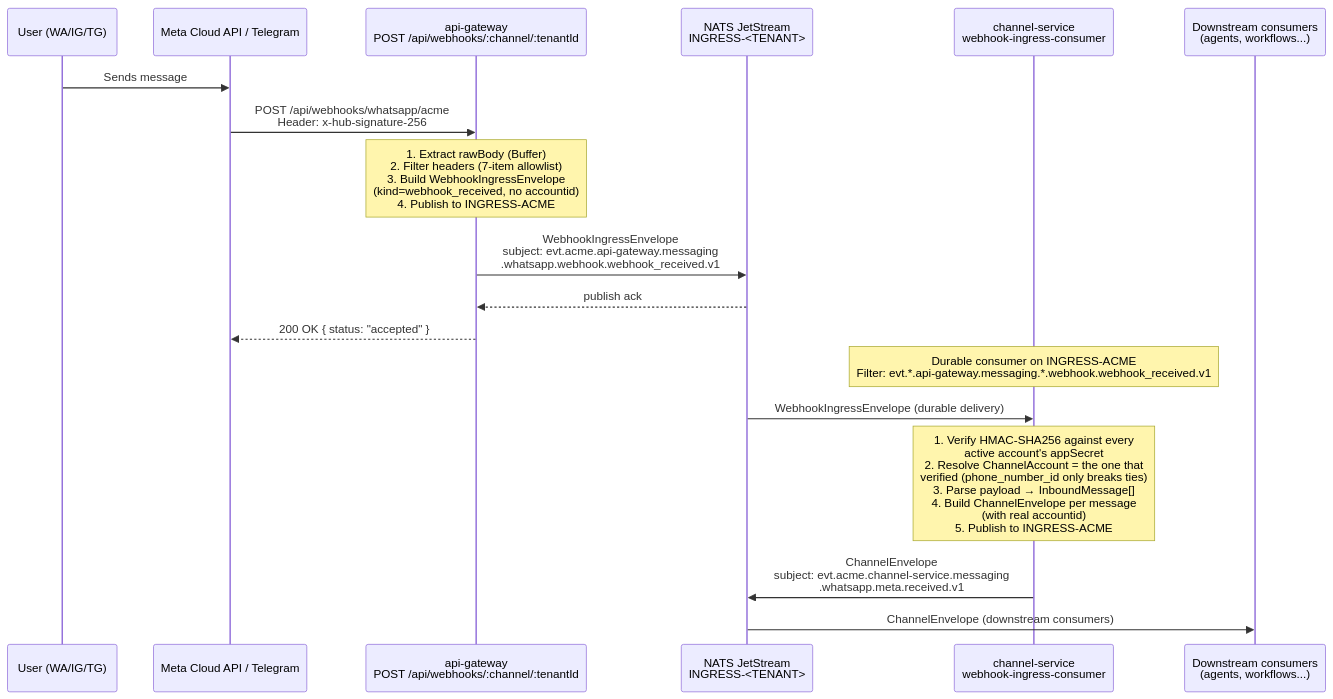
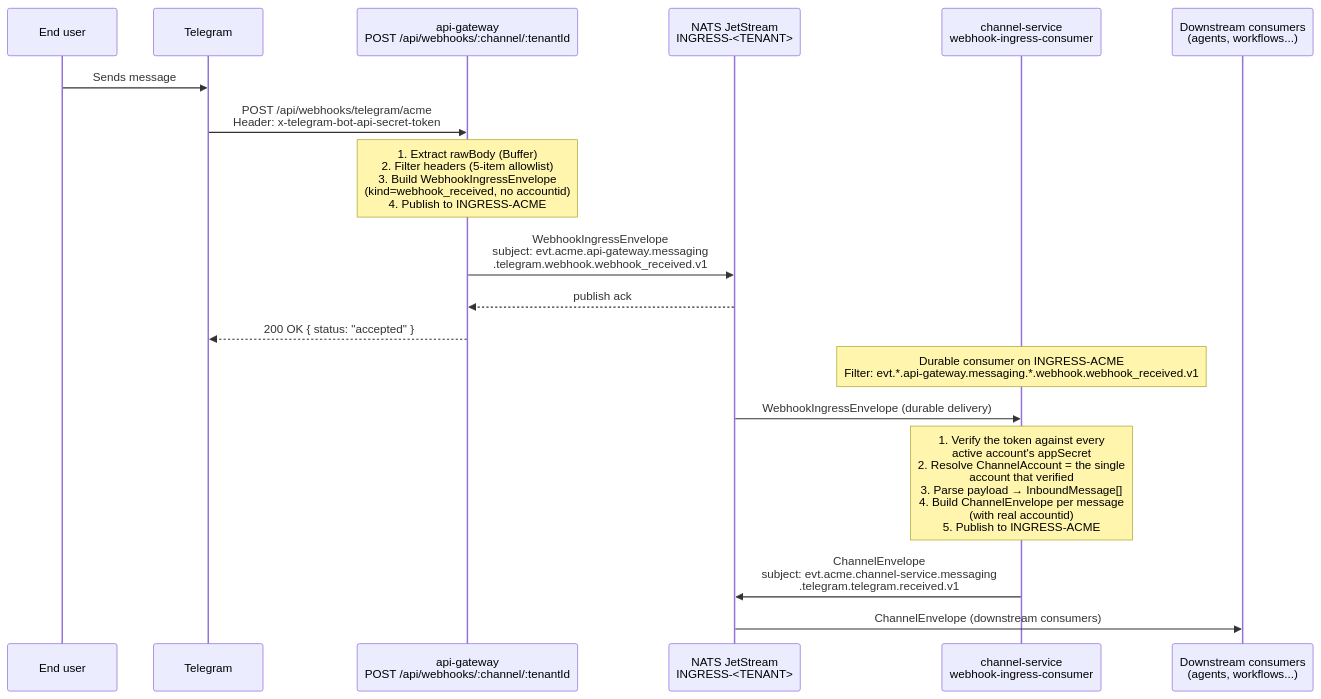
The first of 4 diagrams in DOCS/channels/channel-service.md (ccarnero/colloqui), drawn with Mermaid before and after one commit. The commit also changed other lines of this file and 43 other files, not shown here.

````diff
--- a/DOCS/channels/channel-service.md
+++ b/DOCS/channels/channel-service.md
@@ -117,28 +114,28 @@
 ```mermaid
 sequenceDiagram
-    participant WA as User (WA/IG/TG)
-    participant Meta as Meta Cloud API / Telegram
+    participant U as End user
+    participant TG as Telegram
     participant GW as api-gateway<br/>POST /api/webhooks/:channel/:tenantId
     participant JS as NATS JetStream<br/>INGRESS-<TENANT>
     participant CS as channel-service<br/>webhook-ingress-consumer
     participant Down as Downstream consumers<br/>(agents, workflows...)
 
-    WA->>Meta: Sends message
-    Meta->>GW: POST /api/webhooks/whatsapp/acme<br/>Header: x-hub-signature-256
+    U->>TG: Sends message
+    TG->>GW: POST /api/webhooks/telegram/acme<br/>Header: x-telegram-bot-api-secret-token
 
-    Note over GW: 1. Extract rawBody (Buffer)<br/>2. Filter headers (7-item allowlist)<br/>3. Build WebhookIngressEnvelope<br/>   (kind=webhook_received, no accountid)<br/>4. Publish to INGRESS-ACME
+    Note over GW: 1. Extract rawBody (Buffer)<br/>2. Filter headers (5-item allowlist)<br/>3. Build WebhookIngressEnvelope<br/>   (kind=webhook_received, no accountid)<br/>4. Publish to INGRESS-ACME
 
-    GW->>JS: WebhookIngressEnvelope<br/>subject: evt.acme.api-gateway.messaging<br/>.whatsapp.webhook.webhook_received.v1
+    GW->>JS: WebhookIngressEnvelope<br/>subject: evt.acme.api-gateway.messaging<br/>.telegram.webhook.webhook_received.v1
     JS-->>GW: publish ack
-    GW-->>Meta: 200 OK { status: "accepted" }
+    GW-->>TG: 200 OK { status: "accepted" }
 
     Note over CS: Durable consumer on INGRESS-ACME<br/>Filter: evt.*.api-gateway.messaging.*.webhook.webhook_received.v1
 
     JS->>CS: WebhookIngressEnvelope (durable delivery)
 
-    Note over CS: 1. Verify HMAC-SHA256 against every<br/>   active account's appSecret<br/>2. Resolve ChannelAccount = the one that<br/>   verified (phone_number_id only breaks ties)<br/>3. Parse payload → InboundMessage[]<br/>4. Build ChannelEnvelope per message<br/>   (with real accountid)<br/>5. Publish to INGRESS-ACME
+    Note over CS: 1. Verify the token against every<br/>   active account's appSecret<br/>2. Resolve ChannelAccount = the single<br/>   account that verified<br/>3. Parse payload → InboundMessage[]<br/>4. Build ChannelEnvelope per message<br/>   (with real accountid)<br/>5. Publish to INGRESS-ACME
 
-    CS->>JS: ChannelEnvelope<br/>subject: evt.acme.channel-service.messaging<br/>.whatsapp.meta.received.v1
+    CS->>JS: ChannelEnvelope<br/>subject: evt.acme.channel-service.messaging<br/>.telegram.telegram.received.v1
 
     JS->>Down: ChannelEnvelope (downstream consumers)
 ```
````
